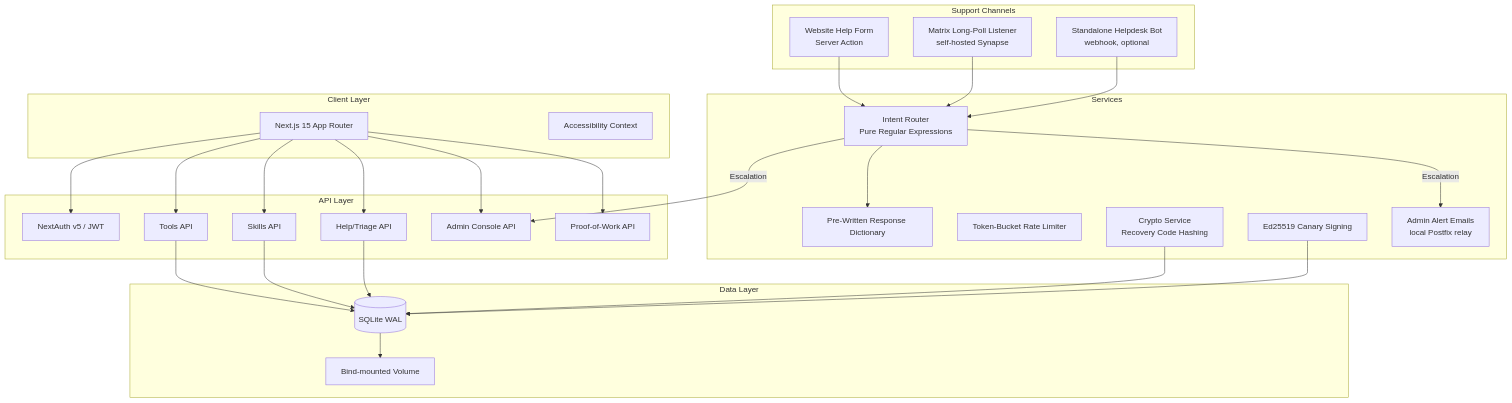
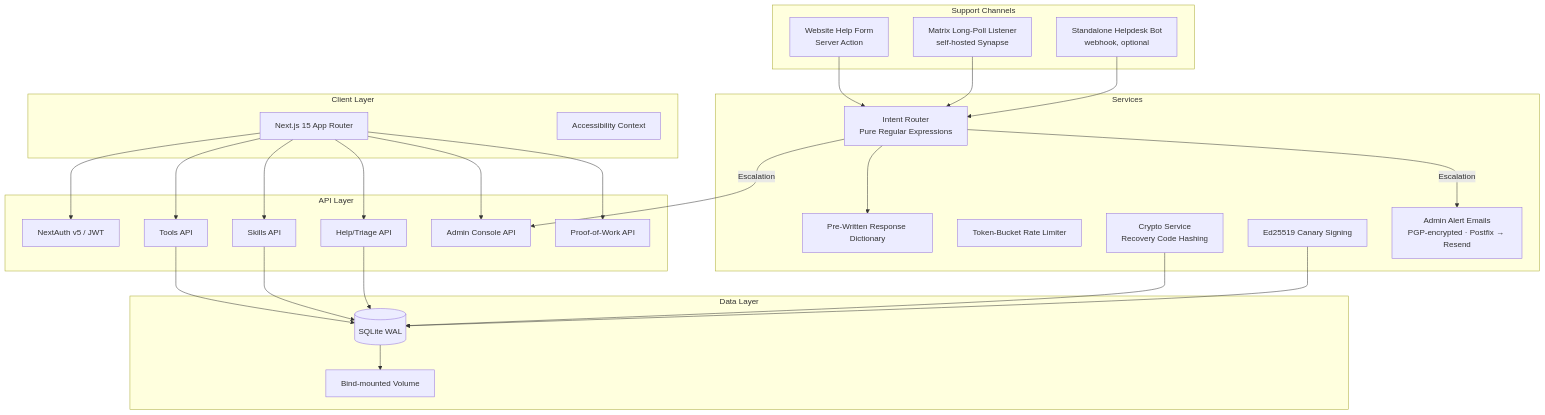
The first of 2 diagrams in README.md (csanders01914/toolslibrary), drawn with Mermaid before and after one commit. The commit also changed other lines of this file and 15 other files, not shown here.

````diff
--- a/README.md
+++ b/README.md
@@ -80,55 +80,55 @@
 ```mermaid
 graph TB
     subgraph "Client Layer"
         UI[Next.js 15 App Router]
         WS[Accessibility Context]
     end
 
     subgraph "Support Channels"
         FORM[Website Help Form<br/>Server Action]
         MATRIX[Matrix Long-Poll Listener<br/>self-hosted Synapse]
         BOT[Standalone Helpdesk Bot<br/>webhook, optional]
     end
 
     subgraph "API Layer"
         AUTH[NextAuth v5 / JWT]
         TOOLS[Tools API]
         SKILLS[Skills API]
         HELP[Help/Triage API]
         ADMIN[Admin Console API]
         POW[Proof-of-Work API]
     end
 
     subgraph "Services"
         TRIAGE[Intent Router<br/>Pure Regular Expressions]
         RESPONSES[Pre-Written Response Dictionary]
         RATELIMIT[Token-Bucket Rate Limiter]
         CRYPTO[Crypto Service<br/>Recovery Code Hashing]
         CANARY[Ed25519 Canary Signing]
-        EMAIL[Admin Alert Emails<br/>local Postfix relay]
+        EMAIL[Admin Alert Emails<br/>PGP-encrypted · Postfix → Resend]
     end
 
     subgraph "Data Layer"
         DB[(SQLite WAL)]
         VOL[Bind-mounted Volume]
     end
 
     UI --> AUTH
     UI --> TOOLS
     UI --> SKILLS
     UI --> HELP
     UI --> ADMIN
     UI --> POW
     FORM --> TRIAGE
     MATRIX --> TRIAGE
     BOT --> TRIAGE
     TRIAGE --> RESPONSES
     TRIAGE -->|Escalation| ADMIN
     TRIAGE -->|Escalation| EMAIL
     TOOLS --> DB
     SKILLS --> DB
     HELP --> DB
     CRYPTO --> DB
     CANARY --> DB
     DB --> VOL
 ```
````
